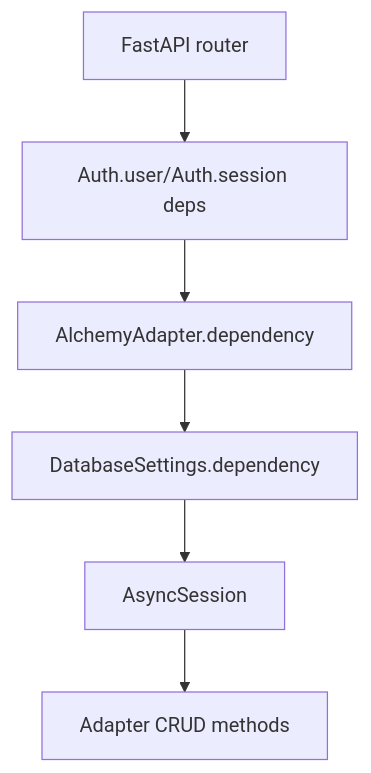
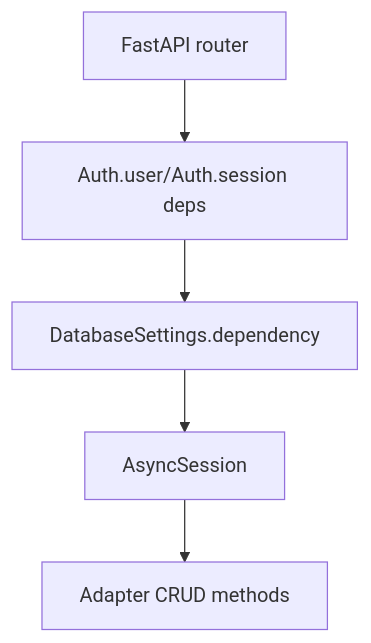
The third of 4 diagrams in design/005-database-settings.md (mplemay/belgie), drawn with Mermaid before and after one commit. The commit also changed other lines of this file, not shown here.

````diff
--- a/design/005-database-settings.md
+++ b/design/005-database-settings.md
@@ -95,8 +96,7 @@
 ```mermaid
 graph TD
     A[FastAPI router] --> B[Auth.user/Auth.session deps]
-    B --> C[AlchemyAdapter.dependency]
-    C --> D[DatabaseSettings.dependency]
-    D --> E[AsyncSession]
-    E --> F[Adapter CRUD methods]
+    B --> C[DatabaseSettings.dependency]
+    C --> D[AsyncSession]
+    D --> E[Adapter CRUD methods]
 ```
````
